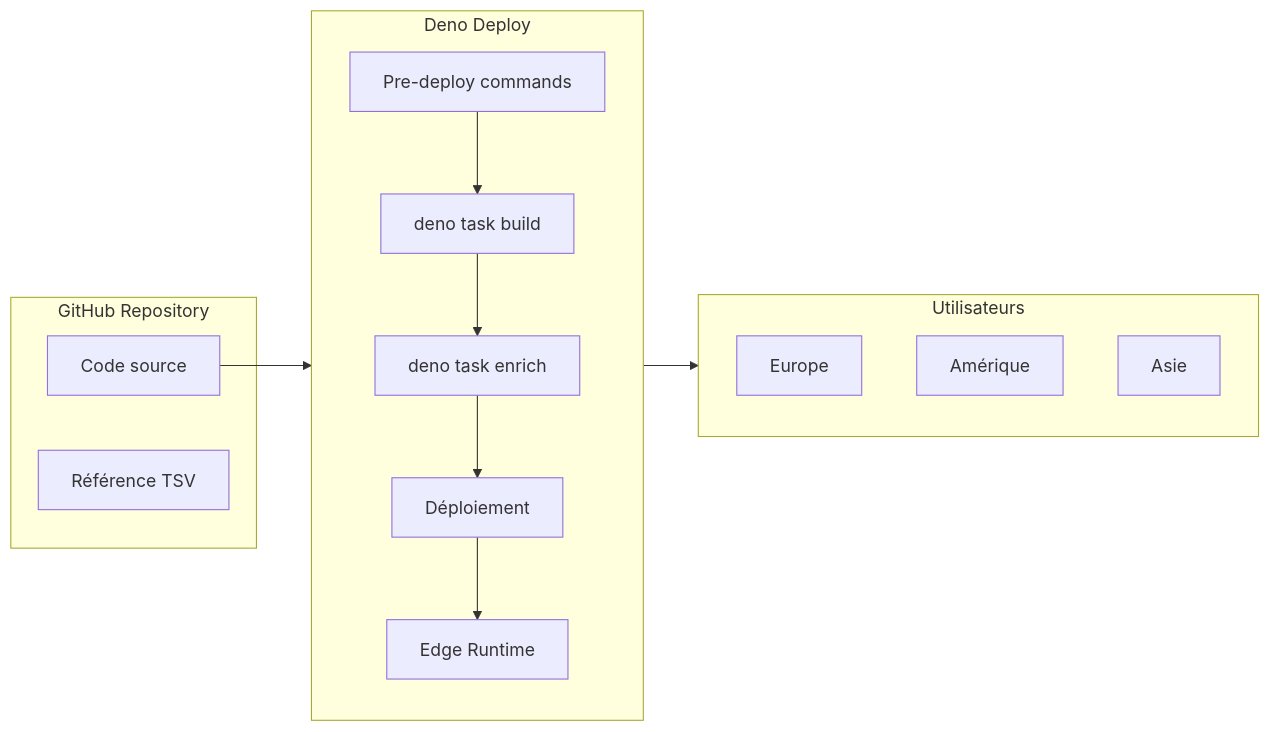
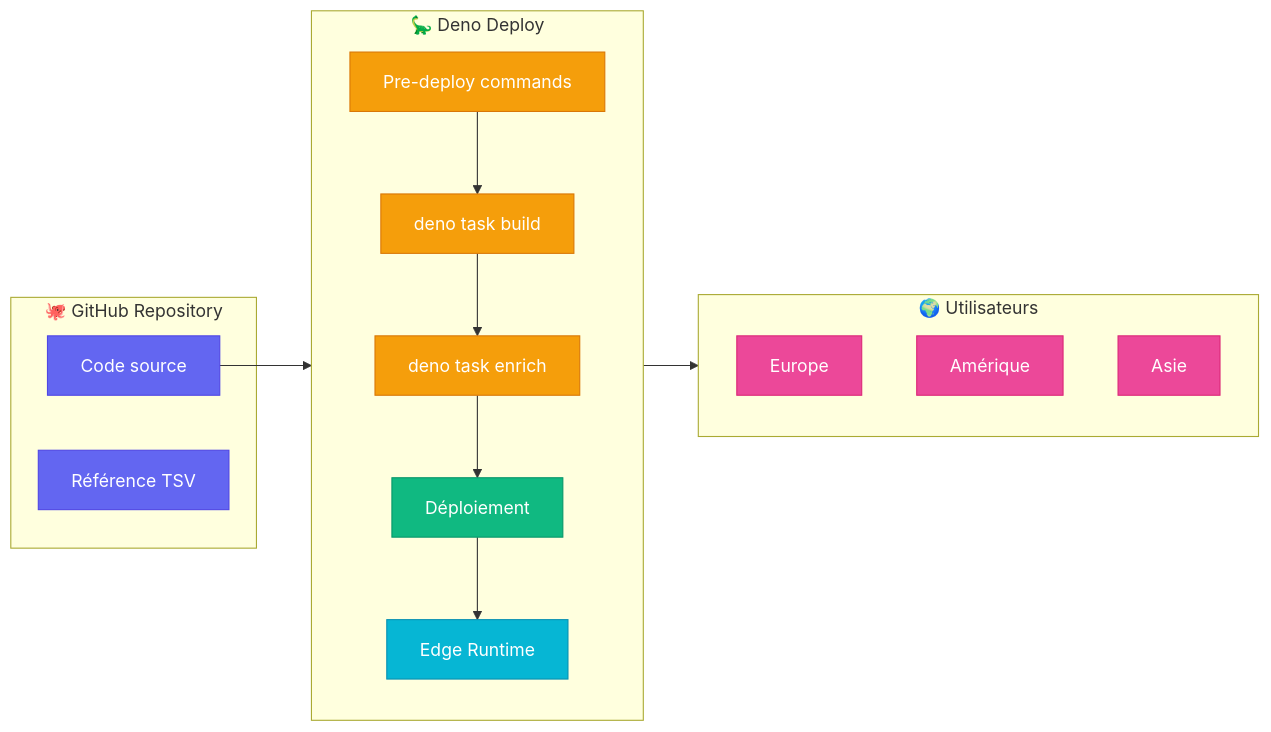
One commit to cedric-famibelle-pronzola/medias-francais-api changed diagram 12 of 14 in docs/diagrams.md. Above: the diagram before and after it, drawn with Mermaid. The commit also changed other lines of this file, not shown here.

Commit message:
docs: improve mermaid styles

````diff
--- a/docs/diagrams.md
+++ b/docs/diagrams.md
@@ -434,29 +513,40 @@
 ```mermaid
 flowchart LR
-    subgraph GitHub["GitHub Repository"]
+    subgraph GitHub["🐙 GitHub Repository"]
         CODE[Code source]
         TSV[Référence TSV]
     end
 
-    subgraph DenoD["Deno Deploy"]
+    subgraph DenoD["🦕 Deno Deploy"]
         direction TB
         PRE[Pre-deploy commands]
         BUILD[deno task build]
         ENRICH[deno task enrich]
         DEPLOY[Déploiement]
         EDGE[Edge Runtime]
     end
 
-    subgraph Users["Utilisateurs"]
+    subgraph Users["🌍 Utilisateurs"]
         EU[Europe]
         US[Amérique]
         AS[Asie]
     end
 
     CODE --> PRE
     PRE --> BUILD
     BUILD --> ENRICH
     ENRICH --> DEPLOY
     DEPLOY --> EDGE
     EDGE --> Users
+
+    style CODE fill:#6366f1,stroke:#4f46e5,color:#fff
+    style TSV fill:#6366f1,stroke:#4f46e5,color:#fff
+    style PRE fill:#f59e0b,stroke:#d97706,color:#fff
+    style BUILD fill:#f59e0b,stroke:#d97706,color:#fff
+    style ENRICH fill:#f59e0b,stroke:#d97706,color:#fff
+    style DEPLOY fill:#10b981,stroke:#059669,color:#fff
+    style EDGE fill:#06b6d4,stroke:#0891b2,color:#fff
+    style EU fill:#ec4899,stroke:#db2777,color:#fff
+    style US fill:#ec4899,stroke:#db2777,color:#fff
+    style AS fill:#ec4899,stroke:#db2777,color:#fff
 ```
````
